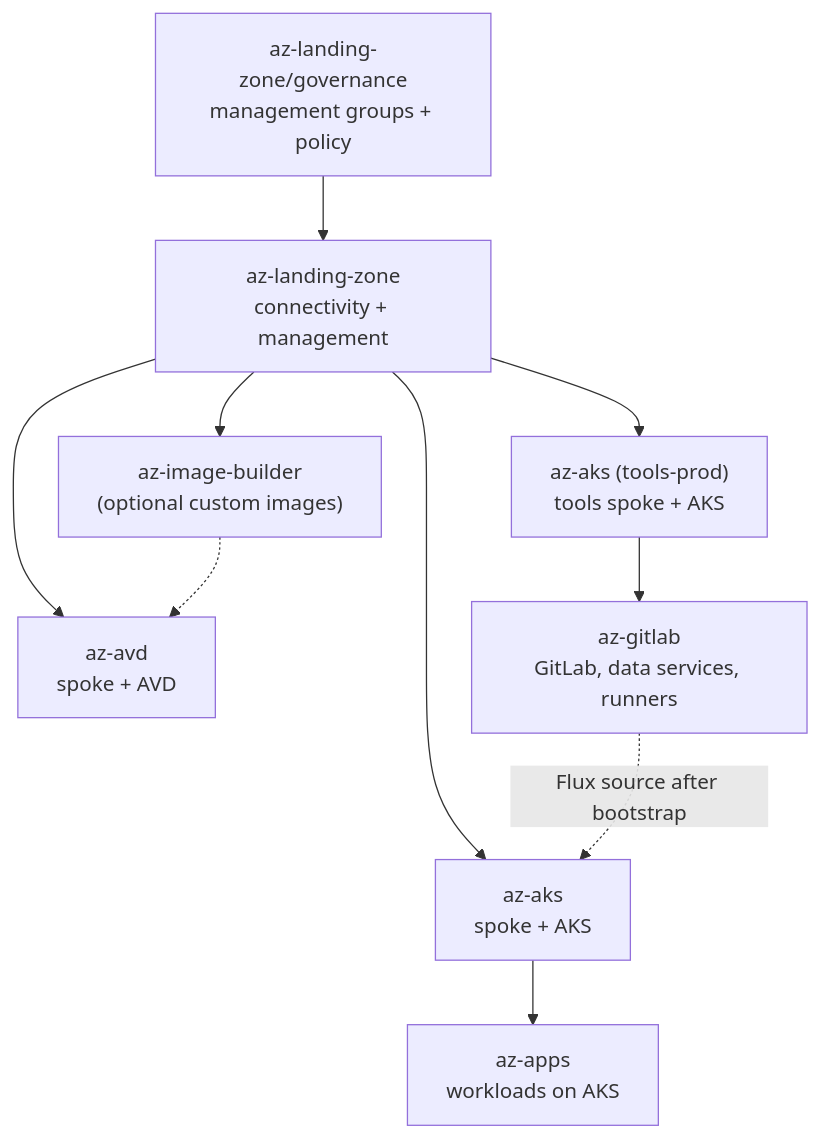
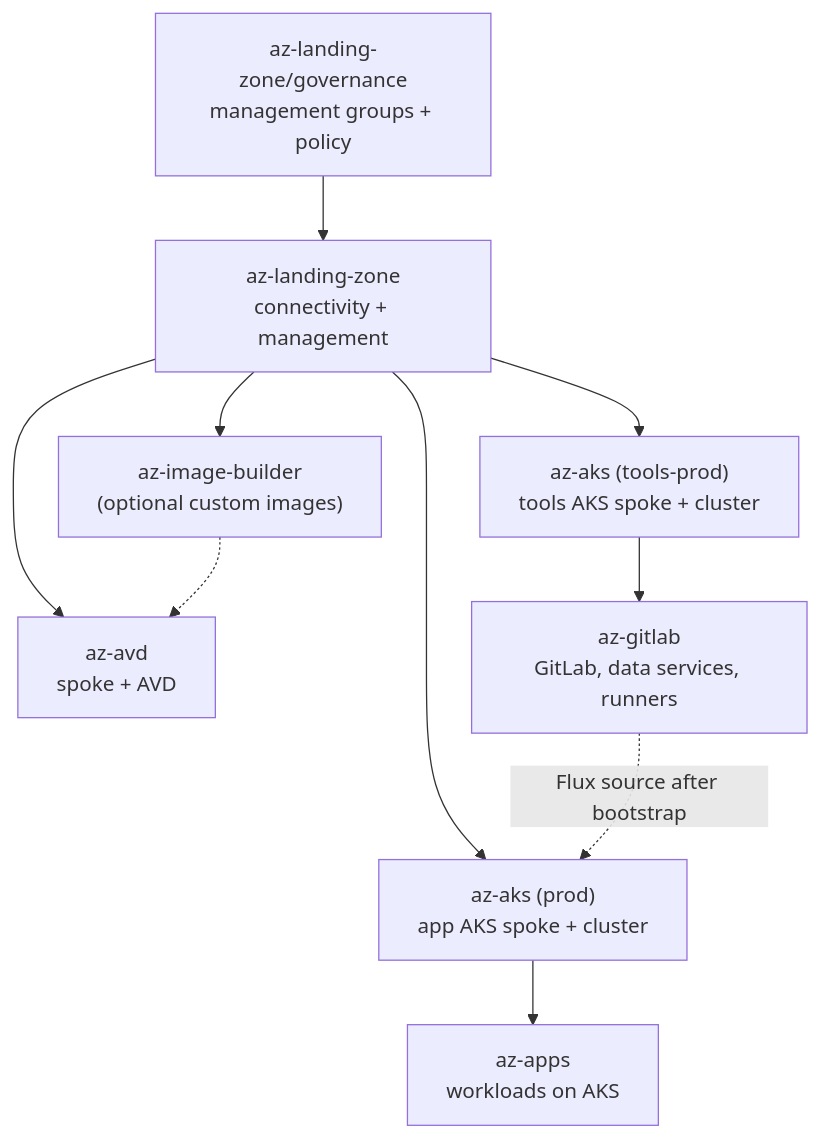
One commit to mipapi1/azure-infrastructure changed the diagram in docs/diagrams/src/arch-deploy-order.mmd. Above: the diagram before and after it, drawn with Mermaid. The commit also changed 15 other files, not shown here.

Commit message:
docs: label app and tools AKS spokes, explain two-cluster design

```diff
--- a/docs/diagrams/src/arch-deploy-order.mmd
+++ b/docs/diagrams/src/arch-deploy-order.mmd
@@ -1,15 +1,15 @@
 flowchart TD
   mg["az-landing-zone/governance<br/>management groups + policy"] --> hub["az-landing-zone<br/>connectivity + management"]
   hub --> aib["az-image-builder<br/>(optional custom images)"]
   hub --> avd["az-avd<br/>spoke + AVD"]
-  hub --> aks["az-aks<br/>spoke + AKS"]
-  hub --> tools["az-aks (tools-prod)<br/>tools spoke + AKS"]
+  hub --> aks["az-aks (prod)<br/>app AKS spoke + cluster"]
+  hub --> tools["az-aks (tools-prod)<br/>tools AKS spoke + cluster"]
   aib -.-> avd
   aks --> apps["az-apps<br/>workloads on AKS"]
   tools --> gitlab["az-gitlab<br/>GitLab, data services, runners"]
   gitlab -.Flux source after bootstrap.-> aks
 
   class mg gov
   class hub sec
   class aib,apps,gitlab ci
   class avd,aks,tools net
```
